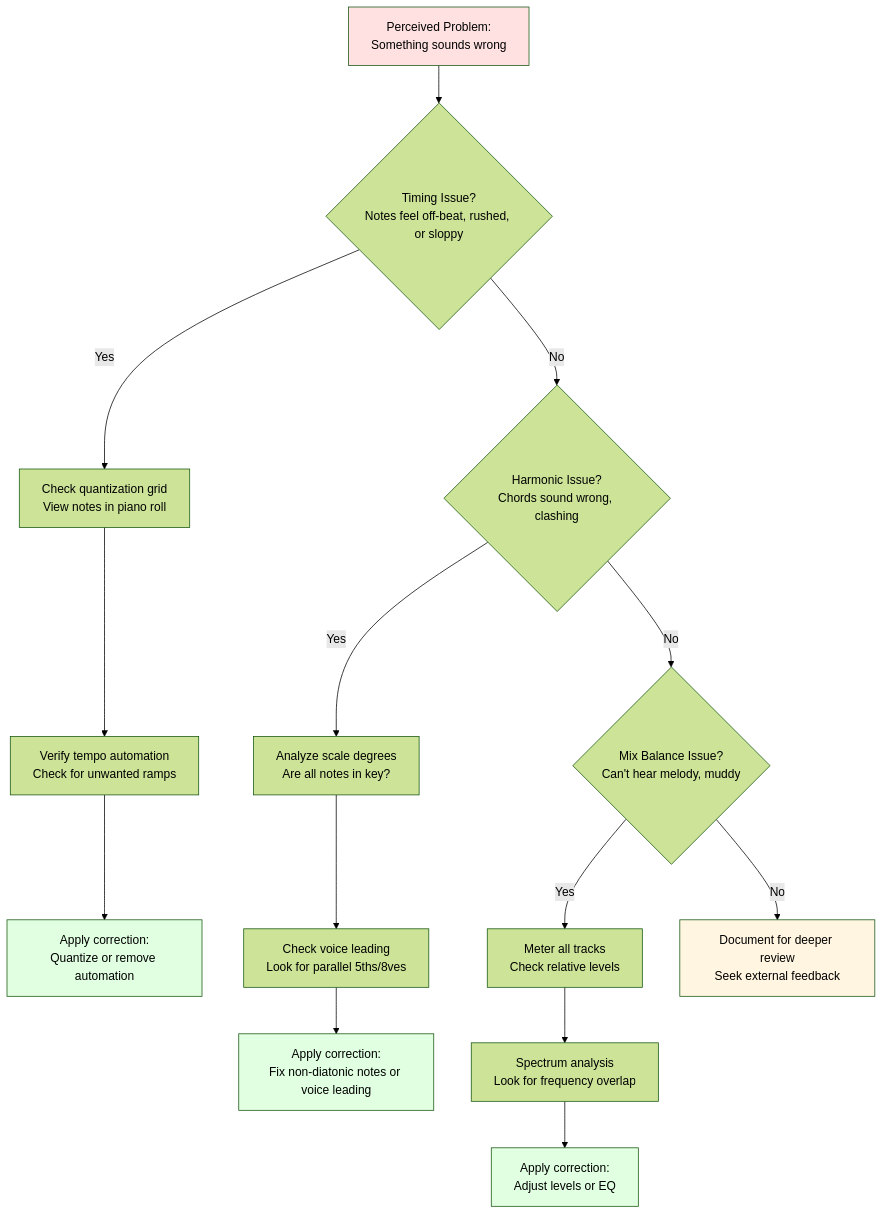
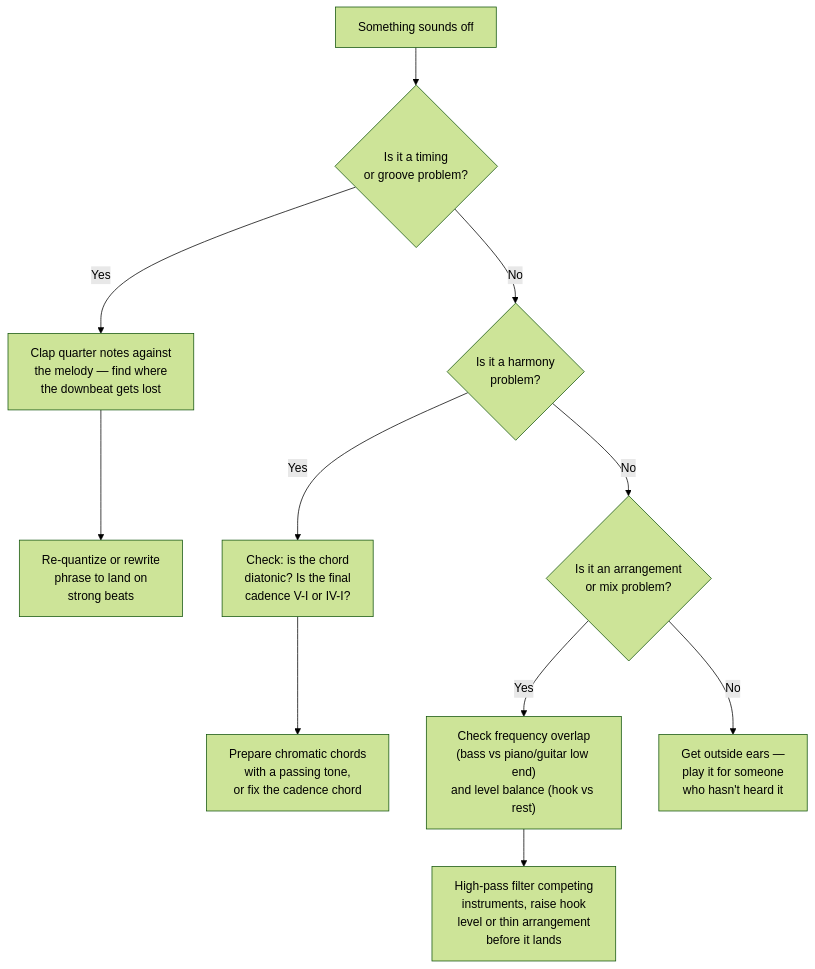
The fourth of 4 diagrams in topics/arts/composition/songwriting/labs.md (blebleblee/synapse), drawn with Mermaid (forest theme) before and after one commit. The commit also changed other lines of this file and 4 other files, not shown here.

````diff
--- a/topics/arts/composition/songwriting/labs.md
+++ b/topics/arts/composition/songwriting/labs.md
@@ -1001,25 +312,13 @@
 ```mermaid
 graph TD
-    A["Perceived Problem:<br/>Something sounds wrong"] --> B{"Timing Issue?<br/>Notes feel off-beat, rushed, or sloppy"}
-    B -->|Yes| C["Check quantization grid<br/>View notes in piano roll"]
-    C --> D["Verify tempo automation<br/>Check for unwanted ramps"]
-    D --> E["Apply correction:<br/>Quantize or remove automation"]
-    
-    B -->|No| F{"Harmonic Issue?<br/>Chords sound wrong, clashing"}
-    F -->|Yes| G["Analyze scale degrees<br/>Are all notes in key?"]
-    G --> H["Check voice leading<br/>Look for parallel 5ths/8ves"]
-    H --> I["Apply correction:<br/>Fix non-diatonic notes or voice leading"]
-    
-    F -->|No| J{"Mix Balance Issue?<br/>Can't hear melody, muddy"}
-    J -->|Yes| K["Meter all tracks<br/>Check relative levels"]
-    K --> L["Spectrum analysis<br/>Look for frequency overlap"]
-    L --> M["Apply correction:<br/>Adjust levels or EQ"]
-    
-    J -->|No| N["Document for deeper review<br/>Seek external feedback"]
-    
-    style A fill:#ffe1e1
-    style E fill:#e1ffe1
-    style I fill:#e1ffe1
-    style M fill:#e1ffe1
-    style N fill:#fff5e1
+    A["Something sounds off"] --> B{"Is it a timing<br/>or groove problem?"}
+    B -->|Yes| C["Clap quarter notes against<br/>the melody — find where<br/>the downbeat gets lost"]
+    C --> D["Re-quantize or rewrite<br/>phrase to land on<br/>strong beats"]
+    B -->|No| E{"Is it a harmony<br/>problem?"}
+    E -->|Yes| F["Check: is the chord<br/>diatonic? Is the final<br/>cadence V-I or IV-I?"]
+    F --> G["Prepare chromatic chords<br/>with a passing tone,<br/>or fix the cadence chord"]
+    E -->|No| H{"Is it an arrangement<br/>or mix problem?"}
+    H -->|Yes| I["Check frequency overlap<br/>(bass vs piano/guitar low end)<br/>and level balance (hook vs rest)"]
+    I --> J["High-pass filter competing<br/>instruments, raise hook<br/>level or thin arrangement<br/>before it lands"]
+    H -->|No| K["Get outside ears —<br/>play it for someone<br/>who hasn't heard it"]
 ```
````
